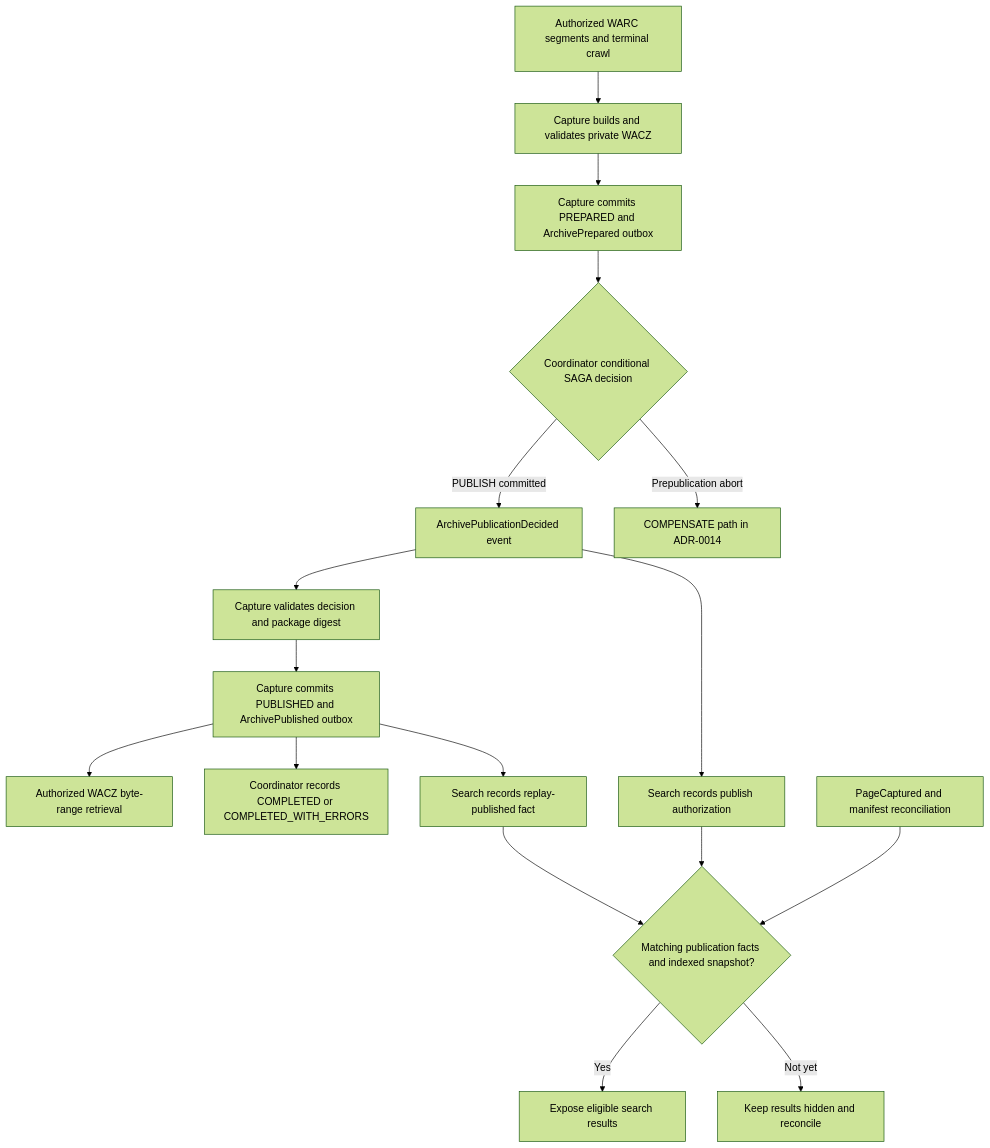
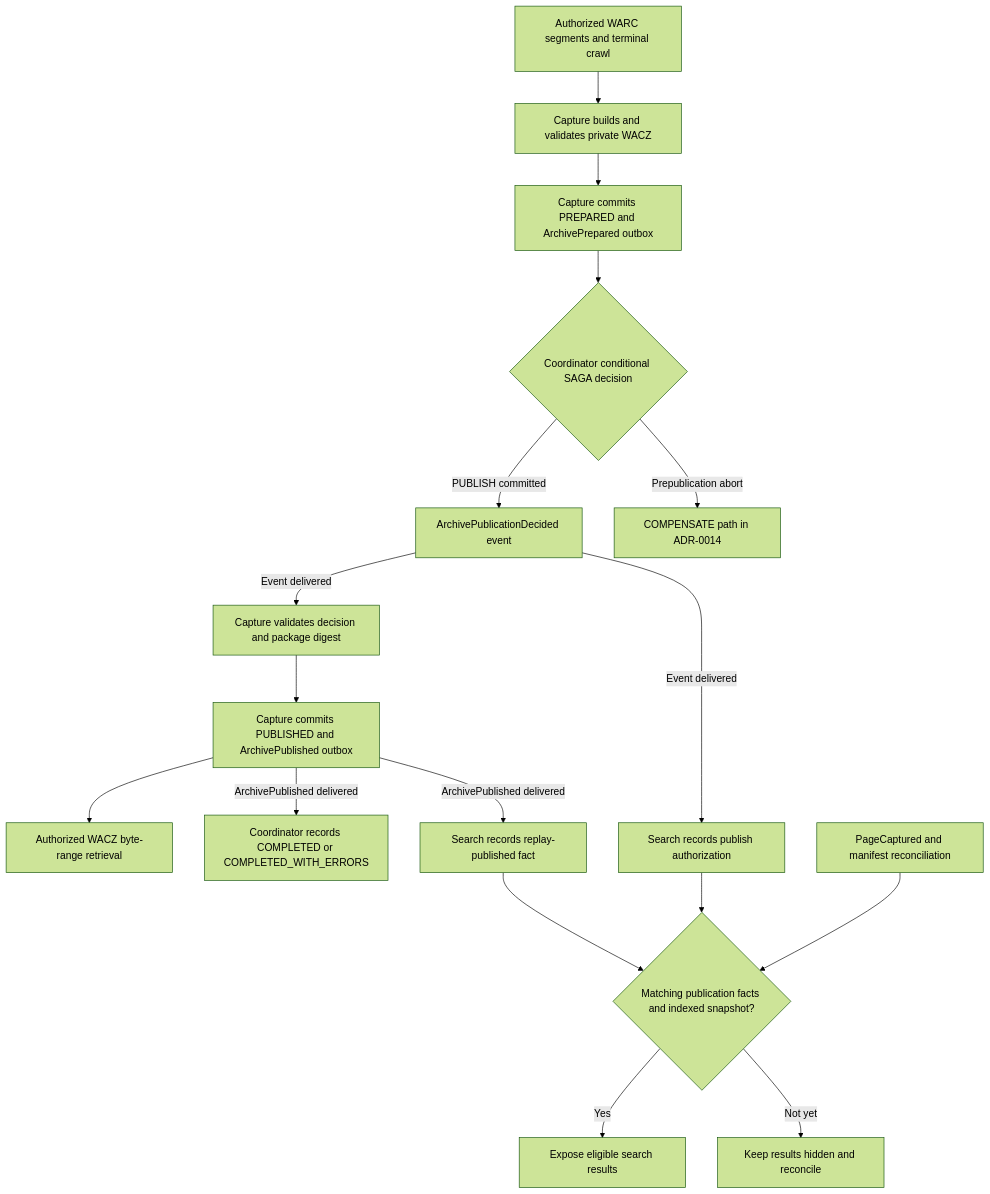
One commit to lemuel-manske/castellani changed the diagram in docs/adr/0027-archive-publication-replay.md. Above: the diagram before and after it, drawn with Mermaid (forest theme).

Commit message:
docs(adr): distinguish committed outbox from event delivery in publication diagram

````diff
--- a/docs/adr/0027-archive-publication-replay.md
+++ b/docs/adr/0027-archive-publication-replay.md
@@ -38,21 +38,21 @@
 ```mermaid
 flowchart TD
     WARC["Authorized WARC segments and terminal crawl"] --> WACZ["Capture builds and validates private WACZ"]
     WACZ --> Prepared["Capture commits PREPARED and ArchivePrepared outbox"]
     Prepared --> Decision{"Coordinator conditional SAGA decision"}
     Decision -->|PUBLISH committed| PublishedDecision["ArchivePublicationDecided event"]
     Decision -->|Prepublication abort| Compensation["COMPENSATE path in ADR-0014"]
 
-    PublishedDecision --> CapturePublish["Capture validates decision and package digest"]
+    PublishedDecision -->|Event delivered| CapturePublish["Capture validates decision and package digest"]
     CapturePublish --> Replay["Capture commits PUBLISHED and ArchivePublished outbox"]
     Replay --> Access["Authorized WACZ byte-range retrieval"]
-    Replay --> CoordinatorDone["Coordinator records COMPLETED or COMPLETED_WITH_ERRORS"]
+    Replay -->|ArchivePublished delivered| CoordinatorDone["Coordinator records COMPLETED or COMPLETED_WITH_ERRORS"]
 
-    PublishedDecision --> SearchAuth["Search records publish authorization"]
-    Replay --> SearchReplay["Search records replay-published fact"]
+    PublishedDecision -->|Event delivered| SearchAuth["Search records publish authorization"]
+    Replay -->|ArchivePublished delivered| SearchReplay["Search records replay-published fact"]
     SearchAuth --> Gate{"Matching publication facts and indexed snapshot?"}
     SearchReplay --> Gate
     Indexed["PageCaptured and manifest reconciliation"] --> Gate
     Gate -->|Yes| Visible["Expose eligible search results"]
     Gate -->|Not yet| Hidden["Keep results hidden and reconcile"]
 ```
````
